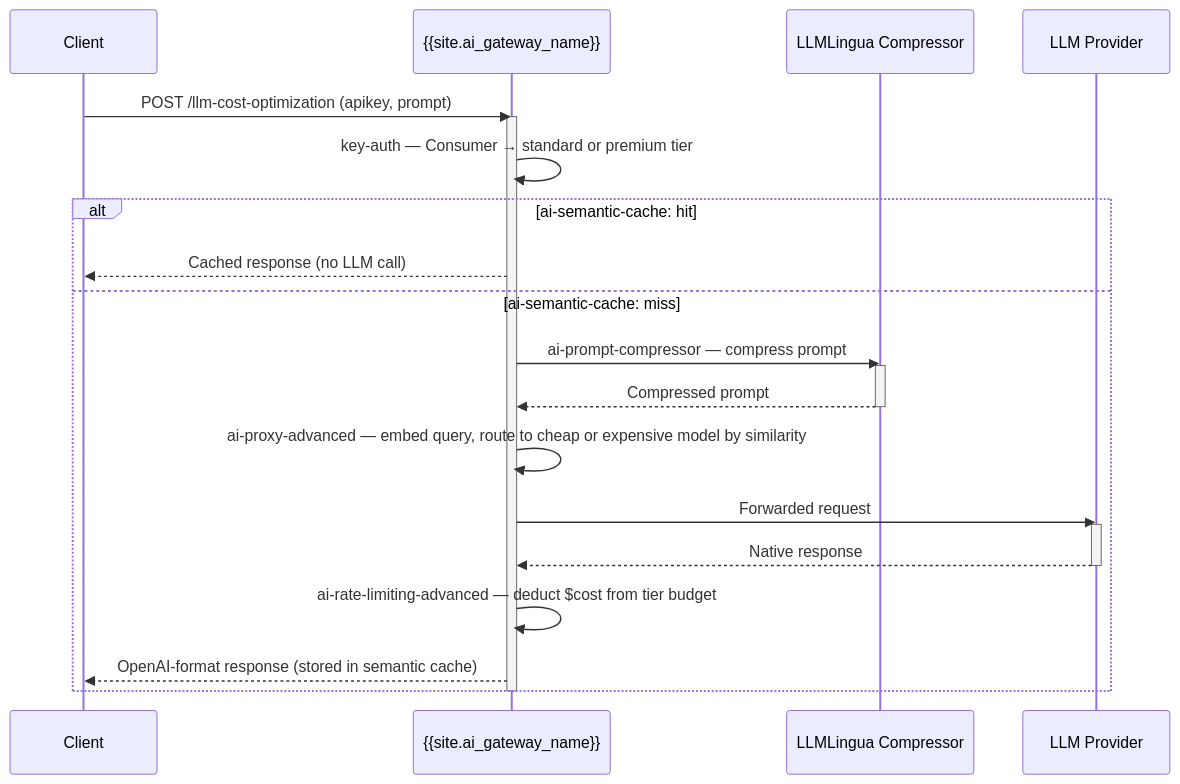
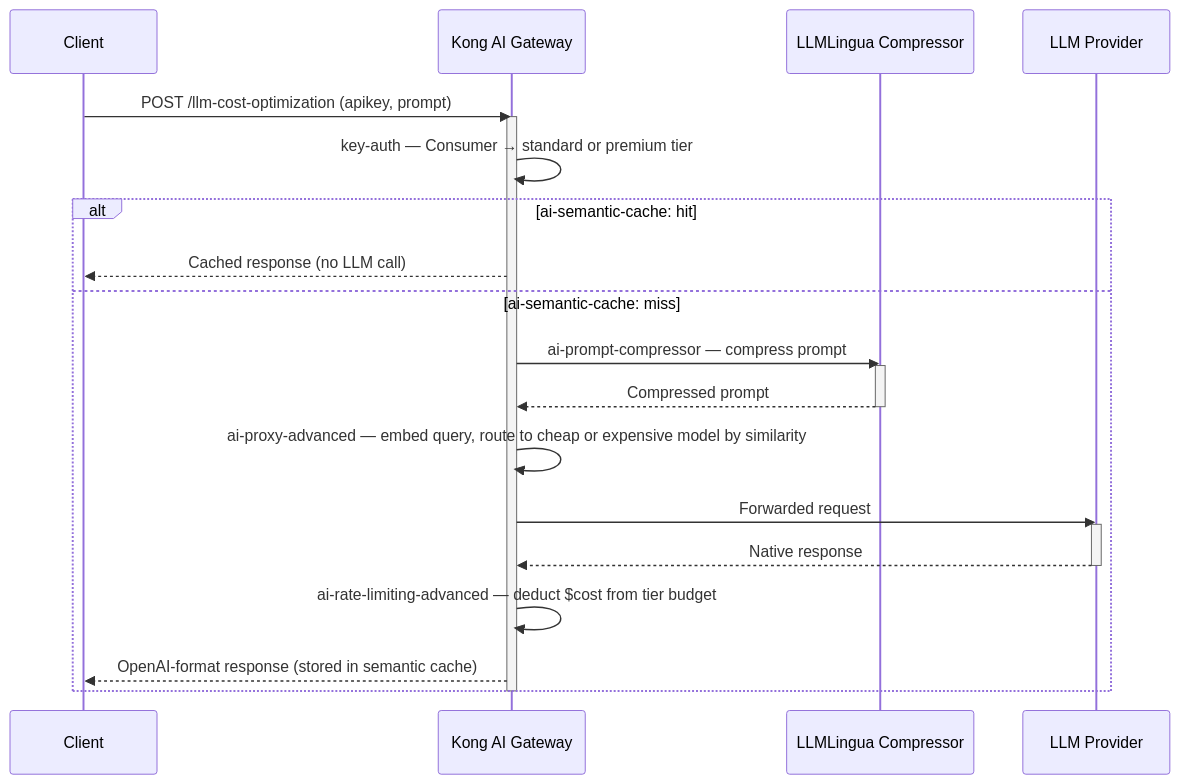
Before and after one commit to Kong/developer.konghq.com: the diagram in app/_cookbooks/llm-cost-optimization.md, drawn with Mermaid. The commit also changed other lines of this file and 6 other files, not shown here.

```diff
--- a/app/_cookbooks/llm-cost-optimization.md
+++ b/app/_cookbooks/llm-cost-optimization.md
@@ -243,27 +243,27 @@
 {% mermaid %}
 sequenceDiagram
     participant C as Client
-    participant K as {{site.ai_gateway_name}}
+    participant K as Kong AI Gateway
     participant LC as LLMLingua Compressor
     participant L as LLM Provider
 
     C->>K: POST /llm-cost-optimization (apikey, prompt)
     activate K
     K->>K: key-auth — Consumer → standard or premium tier
     alt ai-semantic-cache: hit
         K-->>C: Cached response (no LLM call)
     else ai-semantic-cache: miss
         K->>LC: ai-prompt-compressor — compress prompt
         activate LC
         LC-->>K: Compressed prompt
         deactivate LC
         K->>K: ai-proxy-advanced — embed query, route to cheap or expensive model by similarity
         K->>L: Forwarded request
         activate L
         L-->>K: Native response
         deactivate L
         K->>K: ai-rate-limiting-advanced — deduct $cost from tier budget
         K-->>C: OpenAI-format response (stored in semantic cache)
     end
     deactivate K
 {% endmermaid %}
```
